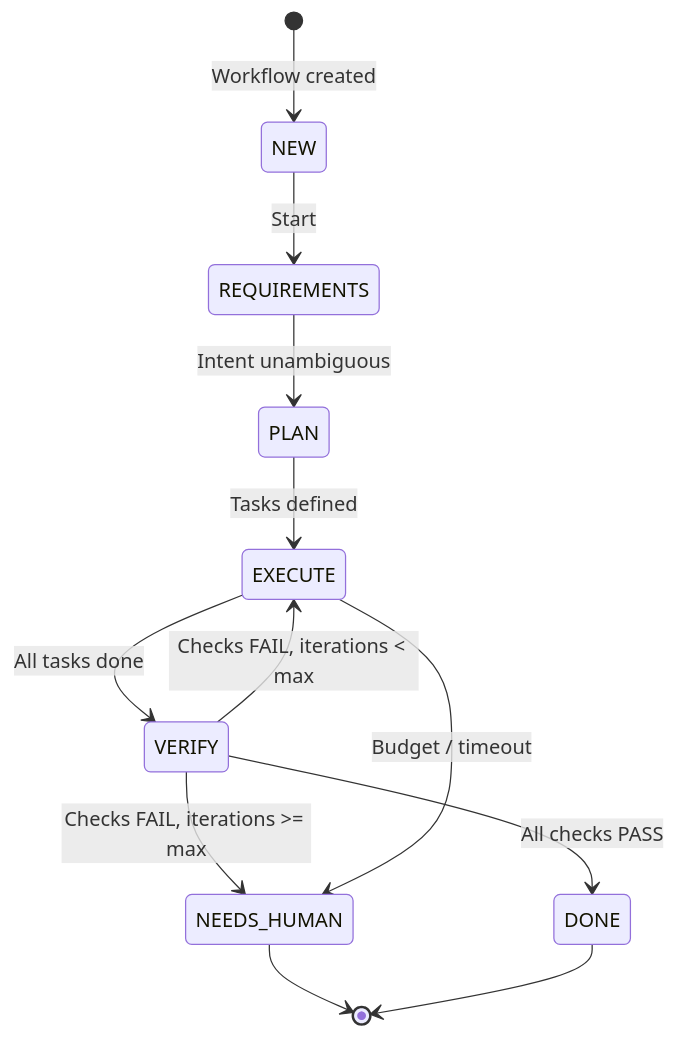
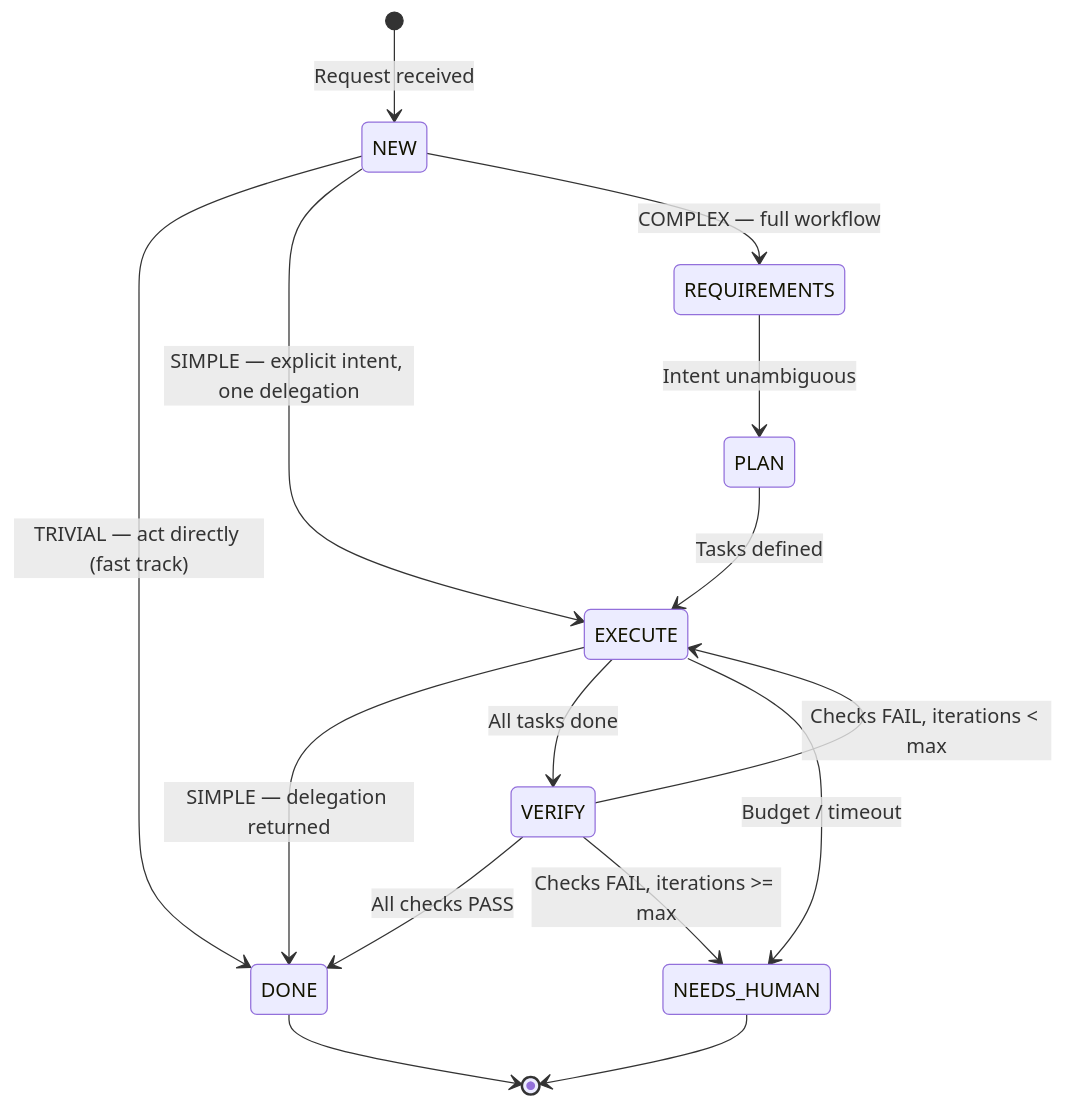
Before and after one commit to dimahc/tori-agent: the first of 2 diagrams in README.md, drawn with Mermaid. The commit also changed other lines of this file and 13 other files, not shown here.

First line of the commit message:
feat(core): add tori effort-scaling fast track, architect persona, and skills

````diff
--- a/README.md
+++ b/README.md
@@ -31,14 +31,17 @@
 ```mermaid
 stateDiagram-v2
-    [*] --> NEW: Workflow created
-    NEW --> REQUIREMENTS: Start
+    [*] --> NEW: Request received
+    NEW --> DONE: TRIVIAL — act directly (fast track)
+    NEW --> EXECUTE: SIMPLE — explicit intent, one delegation
+    EXECUTE --> DONE: SIMPLE — delegation returned
+    NEW --> REQUIREMENTS: COMPLEX — full workflow
     REQUIREMENTS --> PLAN: Intent unambiguous
     PLAN --> EXECUTE: Tasks defined
     EXECUTE --> VERIFY: All tasks done
     VERIFY --> DONE: All checks PASS
     VERIFY --> EXECUTE: Checks FAIL, iterations < max
     VERIFY --> NEEDS_HUMAN: Checks FAIL, iterations >= max
     EXECUTE --> NEEDS_HUMAN: Budget / timeout
     NEEDS_HUMAN --> [*]
     DONE --> [*]
 ```
````
